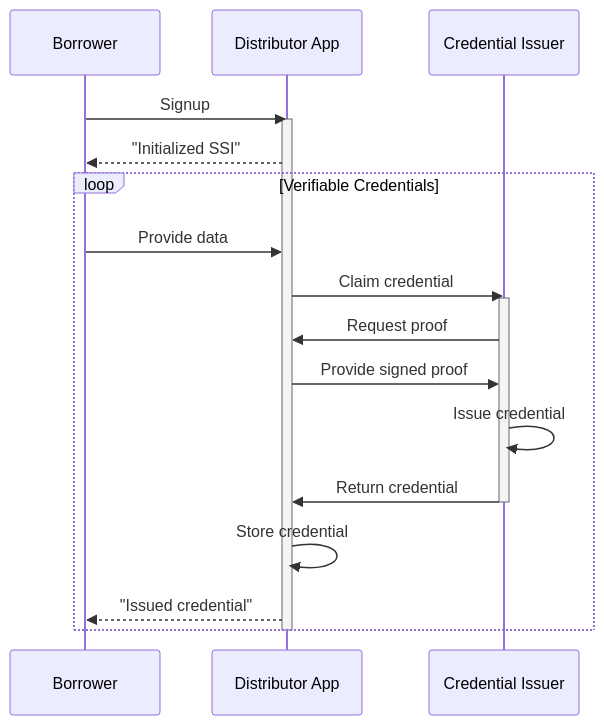
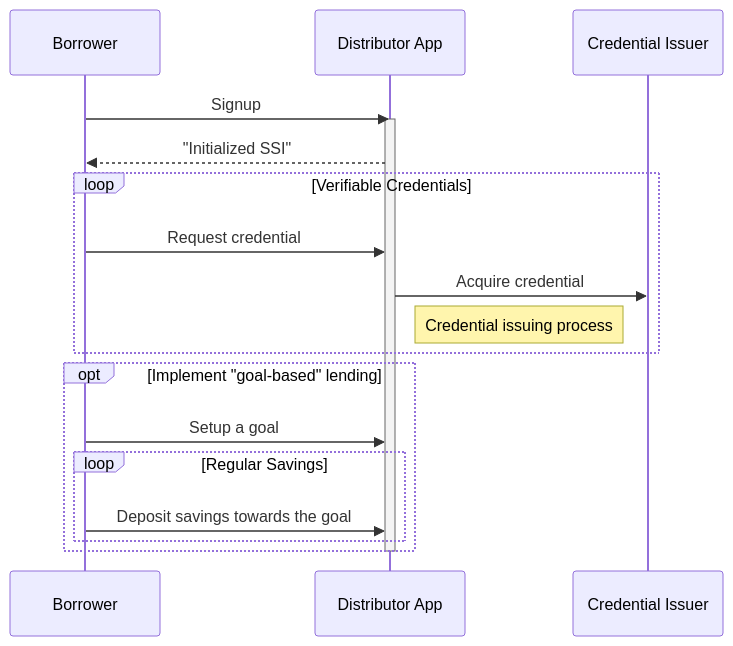
One commit to growr-xyz/growr-documentation changed the diagram in flows/B-Borrower-Onboarding.md. Above: the diagram before and after it, drawn with Mermaid. The commit also changed other lines of this file and 6 other files, not shown here.

````diff
--- a/flows/B-Borrower-Onboarding.md
+++ b/flows/B-Borrower-Onboarding.md
@@ -4,22 +4,21 @@
 ```mermaid
 sequenceDiagram
     participant Borrower
     participant Distributor App
     participant Credential Issuer
     Borrower->>Distributor App: Signup
     activate Distributor App
     Distributor App-->>Borrower: "Initialized SSI"
     loop Verifiable Credentials
-        Borrower->>Distributor App: Provide data
-        Distributor App->>Credential Issuer: Claim credential
-        activate Credential Issuer
-        Credential Issuer->>Distributor App: Request proof
-        Distributor App->>Credential Issuer: Provide signed proof
-        Credential Issuer->>Credential Issuer: Issue credential
-        Credential Issuer->>Distributor App: Return credential
-        deactivate Credential Issuer
-        Distributor App->>Distributor App: Store credential
-        Distributor App-->>Borrower: "Issued credential"
+        Borrower->>Distributor App: Request credential
+        Distributor App->>Credential Issuer: Acquire credential
+        Note right of Distributor App: Credential issuing process
+    end
+    opt Implement "goal-based" lending
+        Borrower->>Distributor App: Setup a goal
+        loop Regular Savings
+            Borrower->>Distributor App: Deposit savings towards the goal
+        end
     end
     deactivate Distributor App
 ```
````
